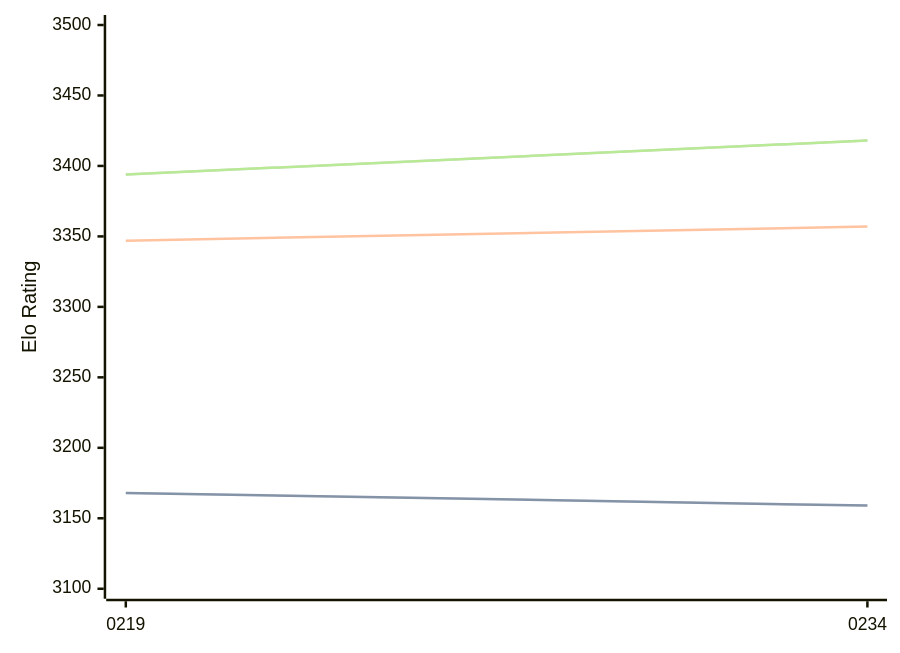
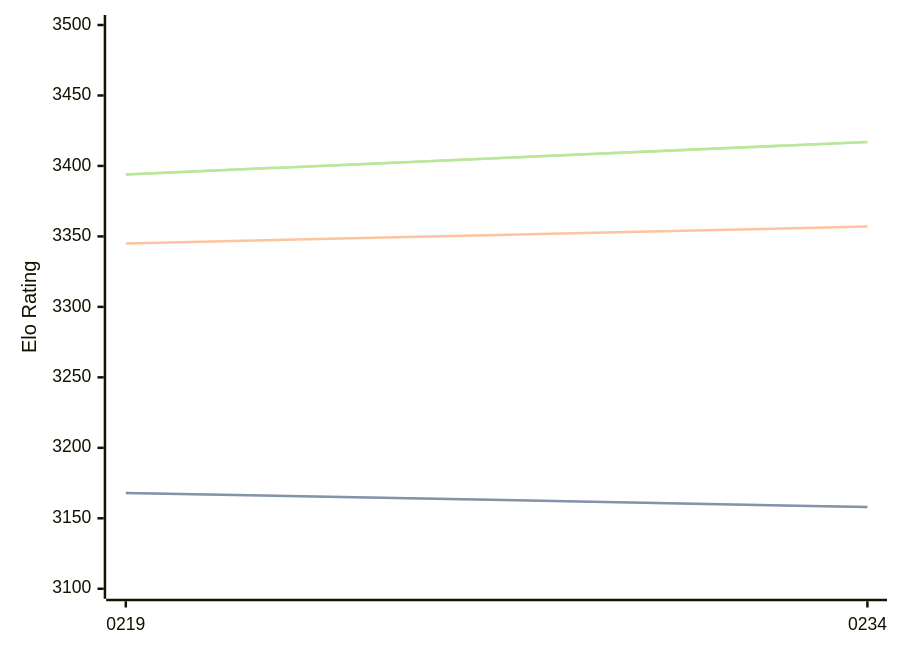
The diagram in engines/Ynode.md (computer-chess-index/cci), drawn with Mermaid before and after one commit. The commit also changed other lines of this file, not shown here.

Commit message:
Update CCI Ratings (ELO VLTC) - 2026-04-06

````diff
--- a/engines/Ynode.md
+++ b/engines/Ynode.md
@@ -39,11 +39,11 @@
 ```mermaid
 %%{init: {"theme":"base","themeVariables":{"seriesColors:['#a3a3a3','#222221','#faa371']}}}%%
 xychart-beta
   x-axis ["0219", "0234"]
   y-axis "Elo Rating" 3100 --> 3500
-  line "STC (8.0+0.08s)" [3168, 3159]
-  line "STC (8.0+0.08s)" [3168, 3159]
-  line "LTC (60.0+0.60s)" [3347, 3357]
-  line "VLTC (2m24s+1.12s)" [3394, 3418]
-  line "VLTC (2m24s+1.12s)" [3394, 3418]
+  line "STC (8.0+0.08s)" [3168, 3158]
+  line "STC (8.0+0.08s)" [3168, 3158]
+  line "LTC (60.0+0.60s)" [3345, 3357]
+  line "VLTC (2m24s+1.12s)" [3394, 3417]
+  line "VLTC (2m24s+1.12s)" [3394, 3417]
 ```
````
